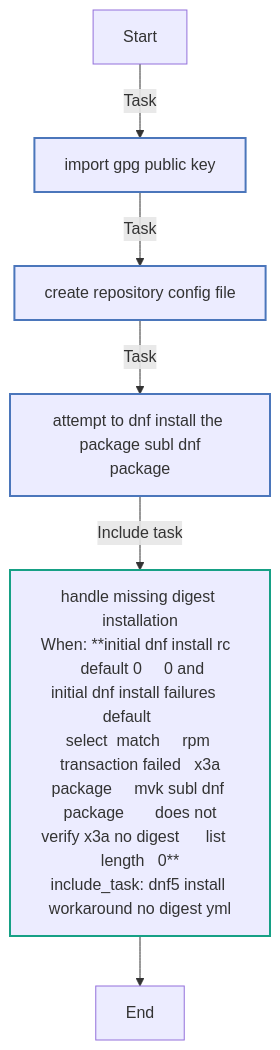
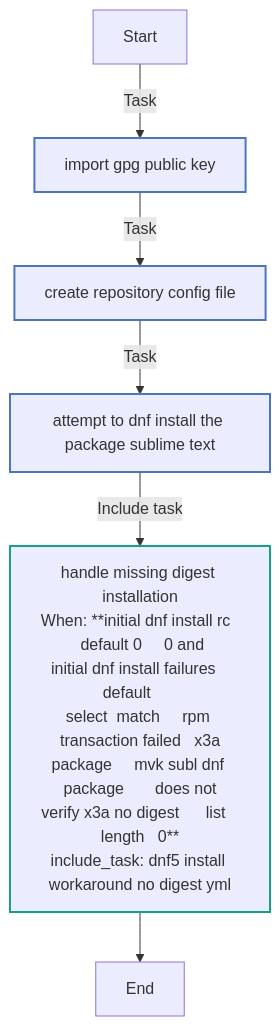
The second of 4 diagrams in README.md (mvk/ansible-role-subl), drawn with Mermaid before and after one commit. The commit also changed other lines of this file, not shown here.

````diff
--- a/README.md
+++ b/README.md
@@ -104,18 +104,18 @@
 ```mermaid
 flowchart TD
 Start
 classDef block stroke:#3498db,stroke-width:2px;
 classDef task stroke:#4b76bb,stroke-width:2px;
 classDef includeTasks stroke:#16a085,stroke-width:2px;
 classDef importTasks stroke:#34495e,stroke-width:2px;
 classDef includeRole stroke:#2980b9,stroke-width:2px;
 classDef importRole stroke:#699ba7,stroke-width:2px;
 classDef includeVars stroke:#8e44ad,stroke-width:2px;
 classDef rescue stroke:#665352,stroke-width:2px;
 
   Start-->|Task| Import_gpg_public_key0[import gpg public key]:::task
   Import_gpg_public_key0-->|Task| Create_repository_config_file1[create repository config file]:::task
-  Create_repository_config_file1-->|Task| Attempt_to_dnf_install_the_package_subl_dnf_package2[attempt to dnf install the package subl dnf<br>package]:::task
-  Attempt_to_dnf_install_the_package_subl_dnf_package2-->|Include task| Handle_missing_digest_installation_dnf5_install_workaround_no_digest_yml_3[handle missing digest installation<br>When: **initial dnf install rc   default 0     0 and<br>initial dnf install failures   default      <br>select  match     rpm transaction failed   x3a<br>package     mvk subl dnf package       does not<br>verify x3a no digest      list   length   0**<br>include_task: dnf5 install workaround no digest yml]:::includeTasks
+  Create_repository_config_file1-->|Task| Attempt_to_dnf_install_the_package_sublime_text2[attempt to dnf install the package sublime text]:::task
+  Attempt_to_dnf_install_the_package_sublime_text2-->|Include task| Handle_missing_digest_installation_dnf5_install_workaround_no_digest_yml_3[handle missing digest installation<br>When: **initial dnf install rc   default 0     0 and<br>initial dnf install failures   default      <br>select  match     rpm transaction failed   x3a<br>package     mvk subl dnf package       does not<br>verify x3a no digest      list   length   0**<br>include_task: dnf5 install workaround no digest yml]:::includeTasks
   Handle_missing_digest_installation_dnf5_install_workaround_no_digest_yml_3-->End
 ```
````
